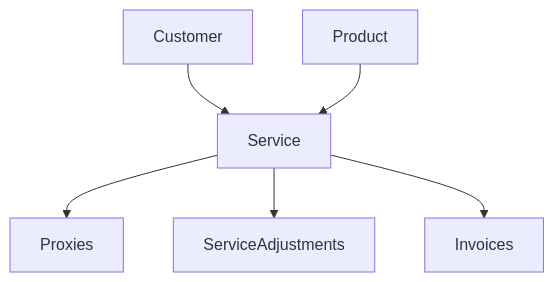
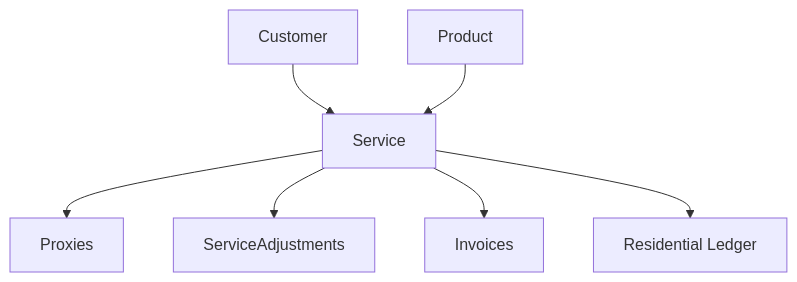
Before and after one commit to pingproxies/ping-proxies-public-api-docs: the diagram in api-objects/service.mdx, drawn with Mermaid. The commit also changed other lines of this file, not shown here.

````diff
--- a/api-objects/service.mdx
+++ b/api-objects/service.mdx
@@ -51,8 +51,9 @@
 ```mermaid
 graph TD
     Customer --> Service
     Service --> Proxies
     Service --> ServiceAdjustments
     Service --> Invoices
+    Service --> ResidentialLedger[Residential Ledger]
     Product --> Service
 ```
````
